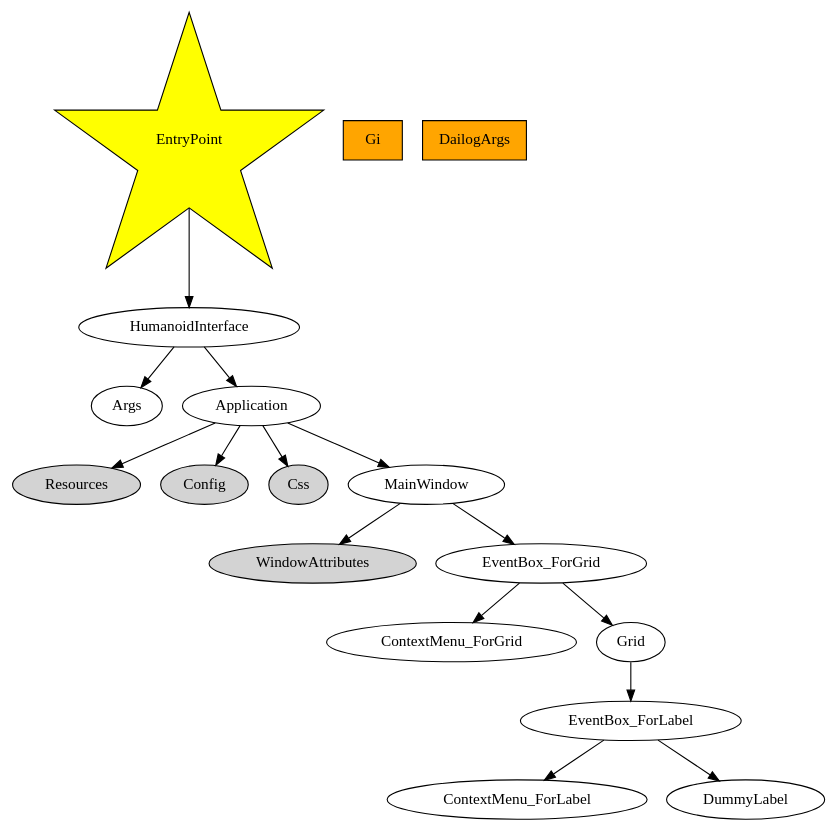
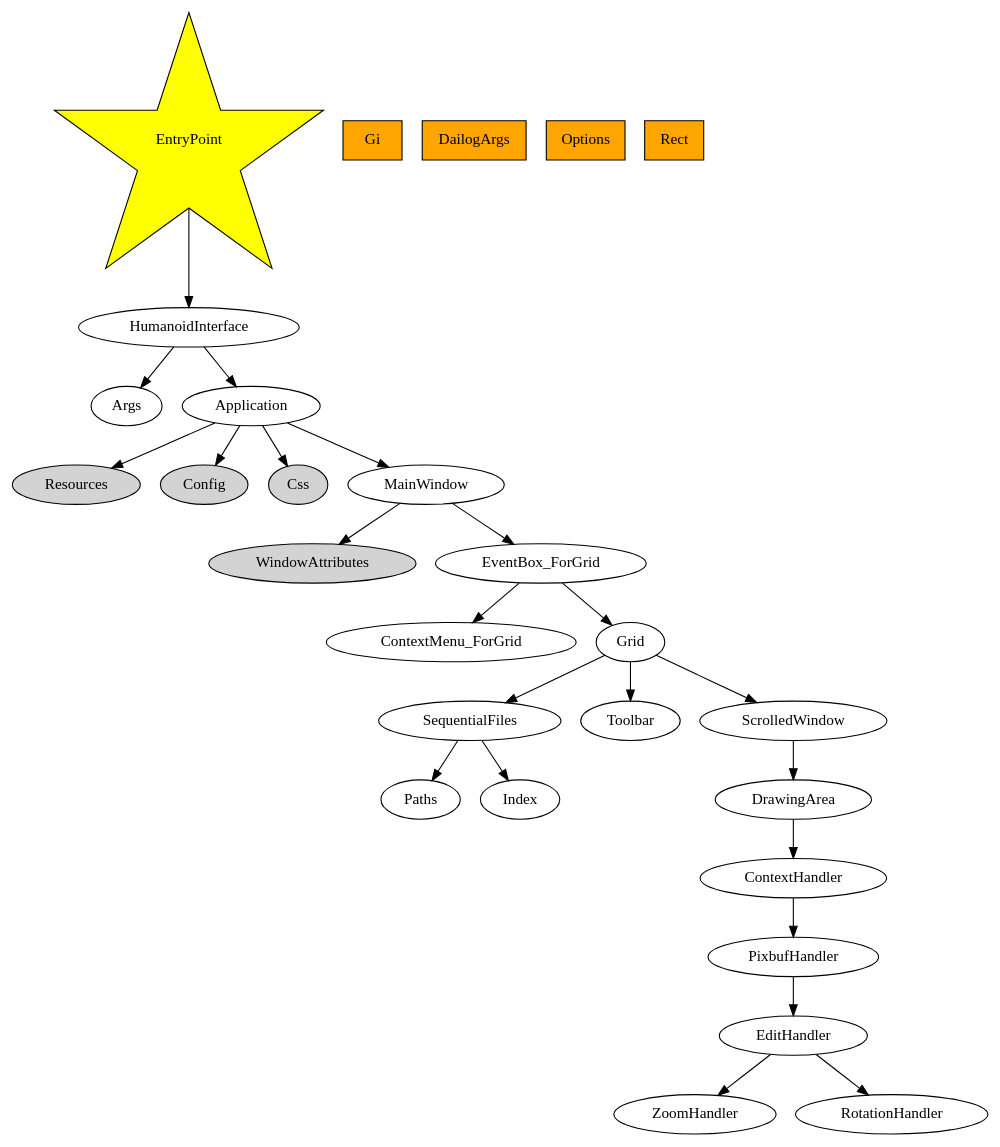
The diagram in nagato-image-viewer/readme_extra/chain_of_command.gv (takedanemuru/NagatoBox), drawn with Graphviz before and after one commit. The commit also changed 151 other files, not shown here.

```diff
--- a/nagato-image-viewer/readme_extra/chain_of_command.gv
+++ b/nagato-image-viewer/readme_extra/chain_of_command.gv
@@ -1,41 +1,54 @@
 digraph {
 
     EntryPoint [
         shape = "star"
         fillcolor ="Yellow"
         style = "filled"
     ]
 
-    Gi, DailogArgs [
+    Gi, DailogArgs, Options, Rect [
         shape = "box"
         fillcolor = "Orange"
         style = "filled"
     ]
 
     WindowAttributes, Resources, Config, Css [
         fillcolor = "LightGray"
         style = "filled"
     ]
 
     EntryPoint -> HumanoidInterface
 
     HumanoidInterface -> Args
     HumanoidInterface -> Application
 
     Application -> MainWindow
     Application -> Resources
     Application -> Config
     Application -> Css
     
     MainWindow -> WindowAttributes
     MainWindow -> EventBox_ForGrid
 
     EventBox_ForGrid -> ContextMenu_ForGrid
     EventBox_ForGrid -> Grid
 
-    Grid -> EventBox_ForLabel
-
-    EventBox_ForLabel -> ContextMenu_ForLabel
-    EventBox_ForLabel -> DummyLabel
-
+    Grid -> SequentialFiles
+    Grid -> Toolbar
+    Grid -> ScrolledWindow
+    
+    SequentialFiles -> Paths
+    SequentialFiles -> Index
+    
+    ScrolledWindow -> DrawingArea
+    
+    DrawingArea -> ContextHandler
+    
+    ContextHandler -> PixbufHandler
+    
+    PixbufHandler -> EditHandler
+    
+    EditHandler -> ZoomHandler
+    EditHandler -> RotationHandler
+    
 }
```
